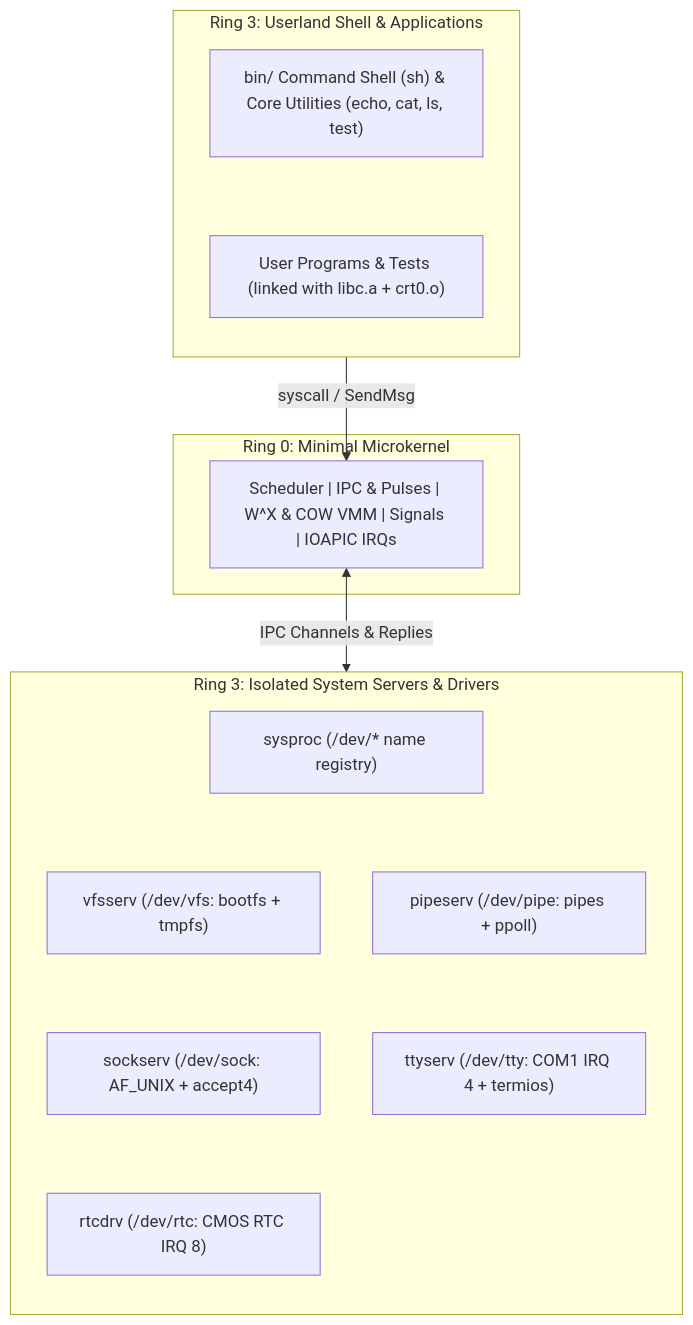
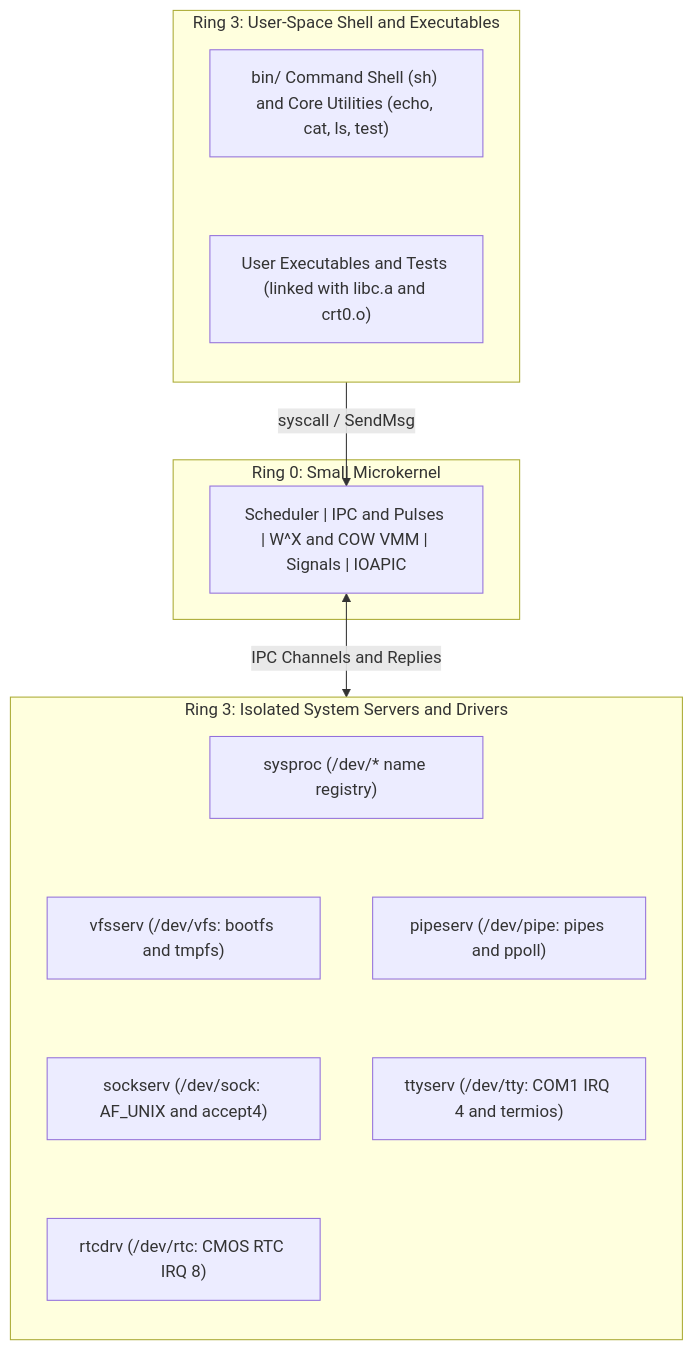
One commit to Deniz-Eren/microkernel changed the second of 2 diagrams in README.md. Above: the diagram before and after it, drawn with Mermaid. The commit also changed other lines of this file and 151 other files, not shown here.

````diff
--- a/README.md
+++ b/README.md
@@ -232,31 +231,31 @@
 ```mermaid
 flowchart TD
-    subgraph R3_APP["Ring 3: Userland Shell & Applications"]
+    subgraph R3_APP["Ring 3: User-Space Shell and Executables"]
         direction TB
-        SH["bin/ Command Shell (sh) & Core Utilities (echo, cat, ls, test)"]
-        APP["User Programs & Tests (linked with libc.a + crt0.o)"]
+        SH["bin/ Command Shell (sh) and Core Utilities (echo, cat, ls, test)"]
+        APP["User Executables and Tests (linked with libc.a and crt0.o)"]
         SH ~~~ APP
     end
 
-    subgraph R3_SRV["Ring 3: Isolated System Servers & Drivers"]
+    subgraph R3_SRV["Ring 3: Isolated System Servers and Drivers"]
         direction TB
         SYSPROC["sysproc (/dev/* name registry)"]
-        VFS["vfsserv (/dev/vfs: bootfs + tmpfs)"]
-        PIPE["pipeserv (/dev/pipe: pipes + ppoll)"]
-        SOCK["sockserv (/dev/sock: AF_UNIX + accept4)"]
-        TTY["ttyserv (/dev/tty: COM1 IRQ 4 + termios)"]
+        VFS["vfsserv (/dev/vfs: bootfs and tmpfs)"]
+        PIPE["pipeserv (/dev/pipe: pipes and ppoll)"]
+        SOCK["sockserv (/dev/sock: AF_UNIX and accept4)"]
+        TTY["ttyserv (/dev/tty: COM1 IRQ 4 and termios)"]
         RTC["rtcdrv (/dev/rtc: CMOS RTC IRQ 8)"]
         SYSPROC ~~~ VFS
         SYSPROC ~~~ PIPE
         VFS ~~~ SOCK
         PIPE ~~~ TTY
         SOCK ~~~ RTC
     end
 
-    subgraph R0["Ring 0: Minimal Microkernel"]
-        K["Scheduler | IPC & Pulses | W^X & COW VMM | Signals | IOAPIC IRQs"]
+    subgraph R0["Ring 0: Small Microkernel"]
+        K["Scheduler | IPC and Pulses | W^X and COW VMM | Signals | IOAPIC"]
     end
 
     R3_APP -->|"syscall / SendMsg"| K
-    K <-->|"IPC Channels & Replies"| R3_SRV
+    K <-->|"IPC Channels and Replies"| R3_SRV
 ```
````
